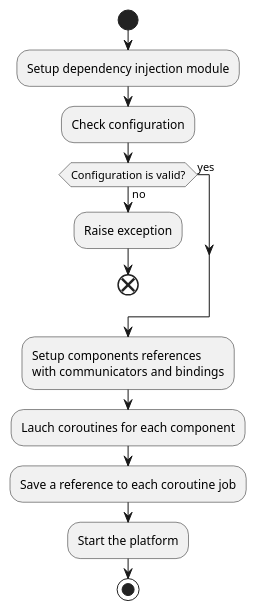
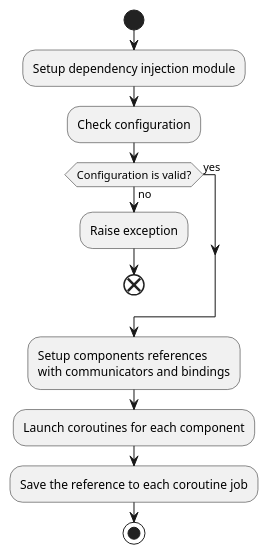
One commit to nicolasfara/pulverization-thesis changed the diagram in figures/plantuml/platform-setup-sequence.puml. Above: the diagram before and after it, drawn with PlantUML. The commit also changed 9 other files, not shown here.

```diff
--- a/figures/plantuml/platform-setup-sequence.puml
+++ b/figures/plantuml/platform-setup-sequence.puml
@@ -1,17 +1,16 @@
 @startuml platform-setup-sequence
 start
 
 :Setup dependency injection module;
 :Check configuration;
 if (Configuration is valid?) then (no)
   :Raise exception;
   end
 else (yes)
 endif
 
 :Setup components references\nwith communicators and bindings;
-:Lauch coroutines for each component;
-:Save a reference to each coroutine job;
-:Start the platform;
+:Launch coroutines for each component;
+:Save the reference to each coroutine job;
 stop
 @enduml
```
